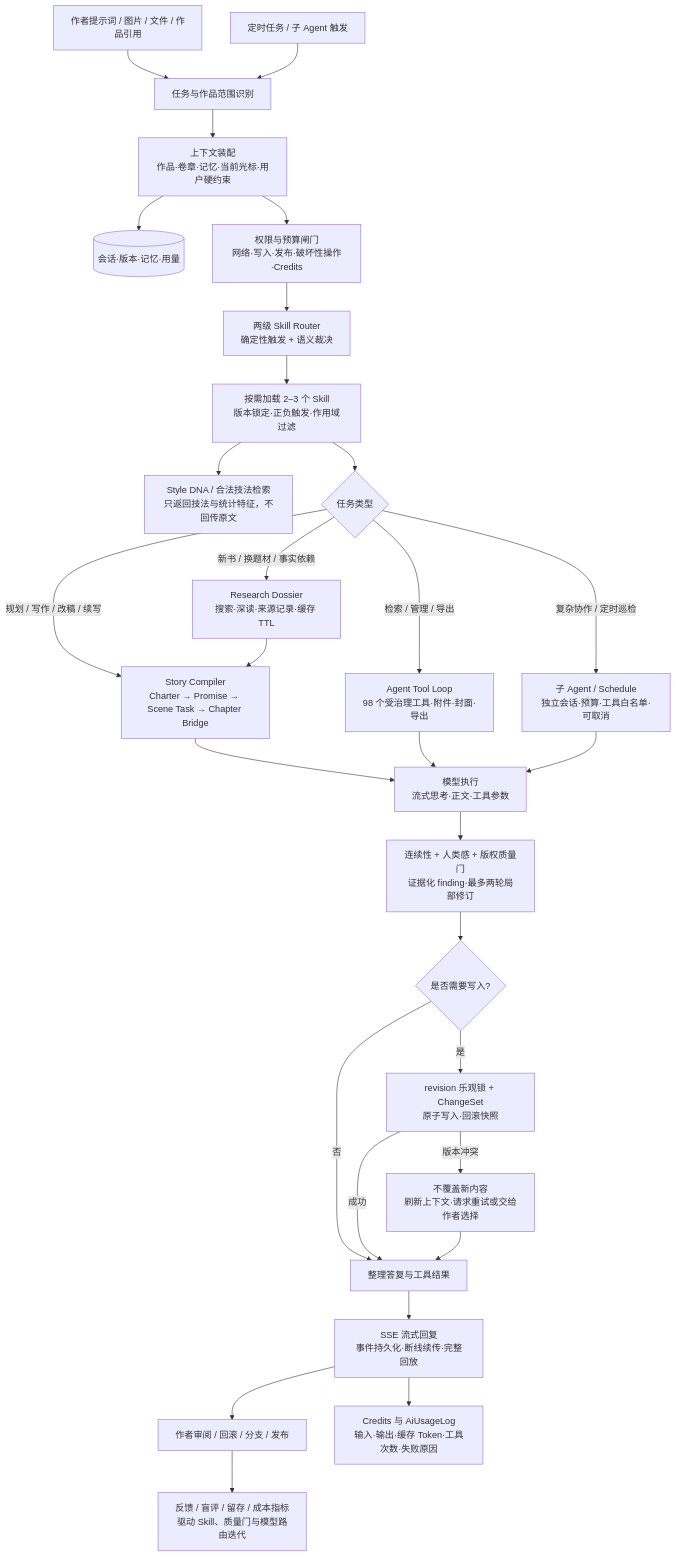
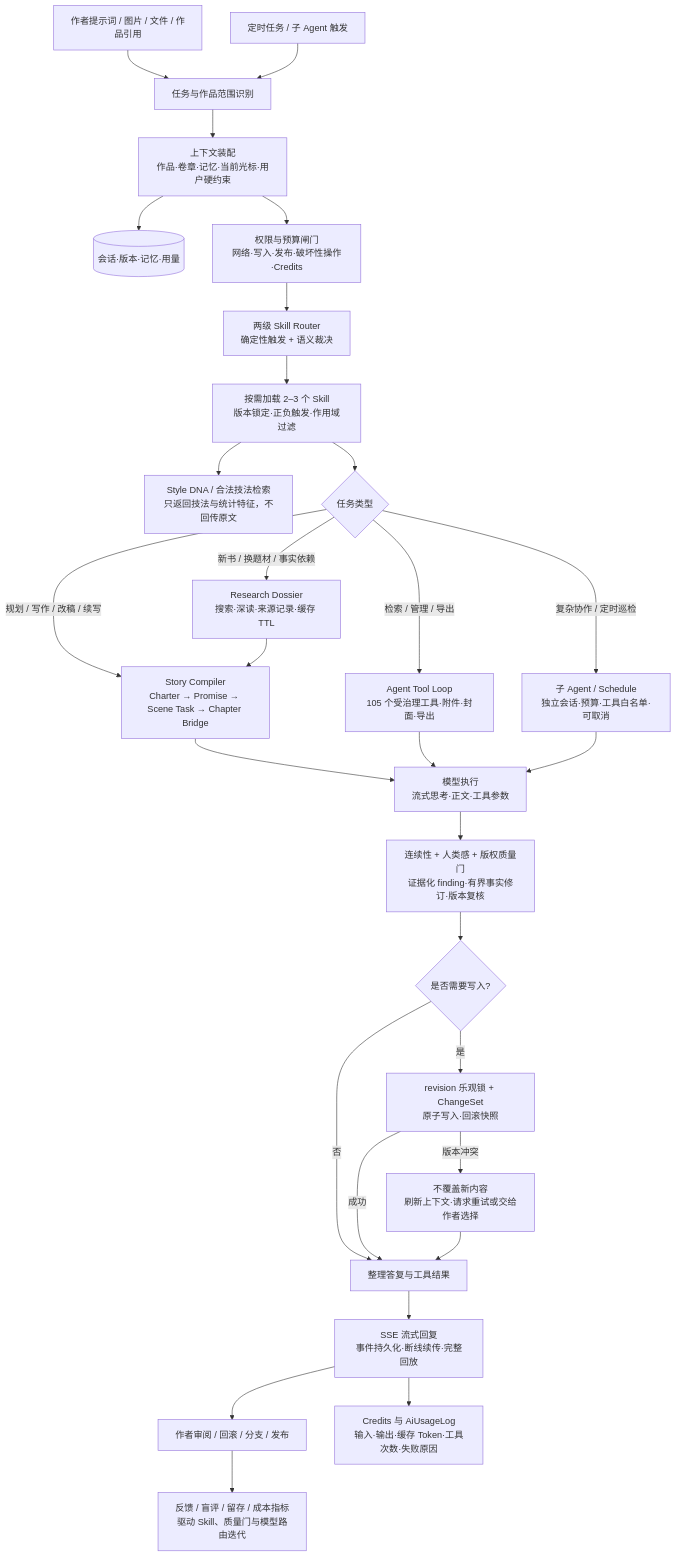
The first of 2 diagrams in README.md (Xcy8010/chevoink), drawn with Mermaid before and after one commit. The commit also changed other lines of this file and 5 other files, not shown here.

````diff
--- a/README.md
+++ b/README.md
@@ -43,31 +43,31 @@
 ```mermaid
 flowchart TD
   A[作者提示词 / 图片 / 文件 / 作品引用] --> B[任务与作品范围识别]
   T[定时任务 / 子 Agent 触发] --> B
   B --> C[上下文装配<br/>作品·卷章·记忆·当前光标·用户硬约束]
   C --> C1[(会话·版本·记忆·用量)]
   C --> D[权限与预算闸门<br/>网络·写入·发布·破坏性操作·Credits]
   D --> E[两级 Skill Router<br/>确定性触发 + 语义裁决]
   E --> F[按需加载 2–3 个 Skill<br/>版本锁定·正负触发·作用域过滤]
   F --> F1[Style DNA / 合法技法检索<br/>只返回技法与统计特征，不回传原文]
   F --> G{任务类型}
   G -->|新书 / 换题材 / 事实依赖| H[Research Dossier<br/>搜索·深读·来源记录·缓存 TTL]
   G -->|规划 / 写作 / 改稿 / 续写| I[Story Compiler<br/>Charter → Promise → Scene Task → Chapter Bridge]
-  G -->|检索 / 管理 / 导出| J[Agent Tool Loop<br/>98 个受治理工具·附件·封面·导出]
+  G -->|检索 / 管理 / 导出| J[Agent Tool Loop<br/>105 个受治理工具·附件·封面·导出]
   G -->|复杂协作 / 定时巡检| K[子 Agent / Schedule<br/>独立会话·预算·工具白名单·可取消]
   H --> I
   I --> L[模型执行<br/>流式思考·正文·工具参数]
   J --> L
   K --> L
-  L --> M[连续性 + 人类感 + 版权质量门<br/>证据化 finding·最多两轮局部修订]
+  L --> M[连续性 + 人类感 + 版权质量门<br/>证据化 finding·有界事实修订·版本复核]
   M --> N{是否需要写入?}
   N -->|否| O[整理答复与工具结果]
   N -->|是| P[revision 乐观锁 + ChangeSet<br/>原子写入·回滚快照]
   P -->|成功| O
   P -->|版本冲突| Q[不覆盖新内容<br/>刷新上下文·请求重试或交给作者选择]
   Q --> O
   O --> R[SSE 流式回复<br/>事件持久化·断线续传·完整回放]
   R --> S[作者审阅 / 回滚 / 分支 / 发布]
   R --> U[Credits 与 AiUsageLog<br/>输入·输出·缓存 Token·工具次数·失败原因]
   S --> V[反馈 / 盲评 / 留存 / 成本指标<br/>驱动 Skill、质量门与模型路由迭代]
 ```
````
